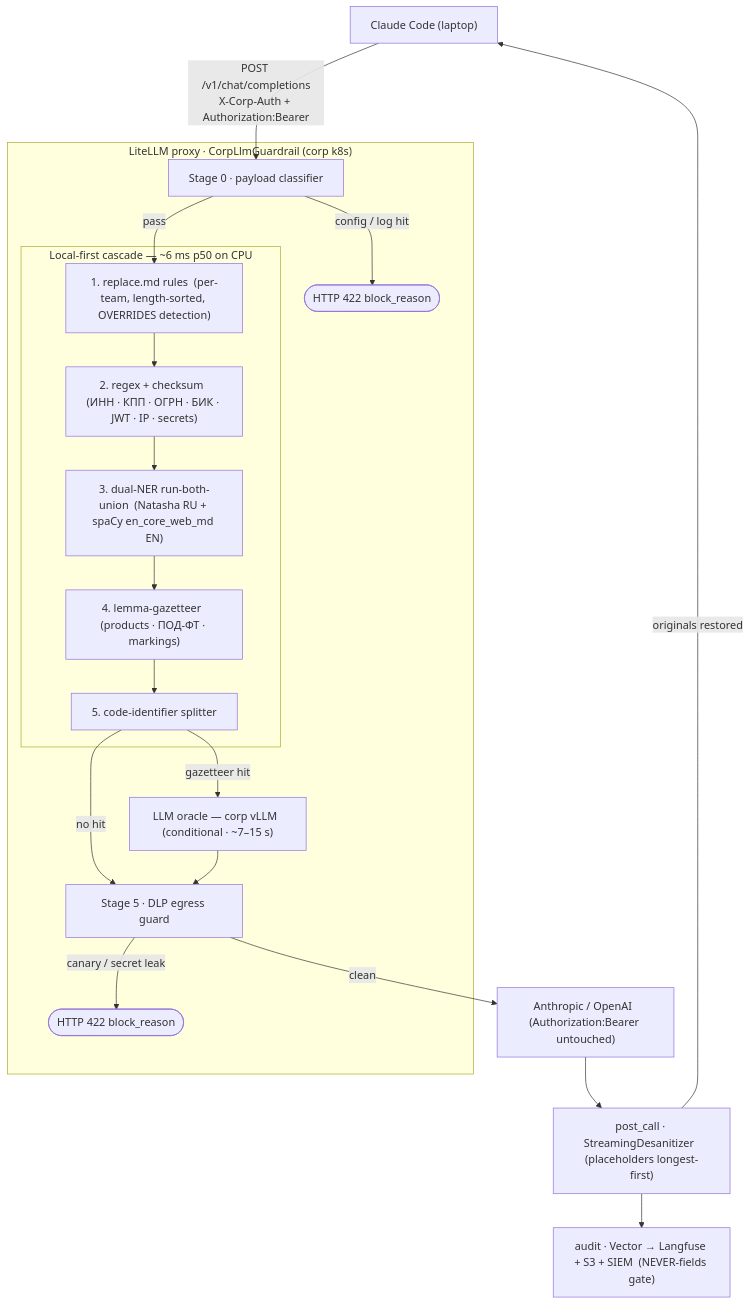
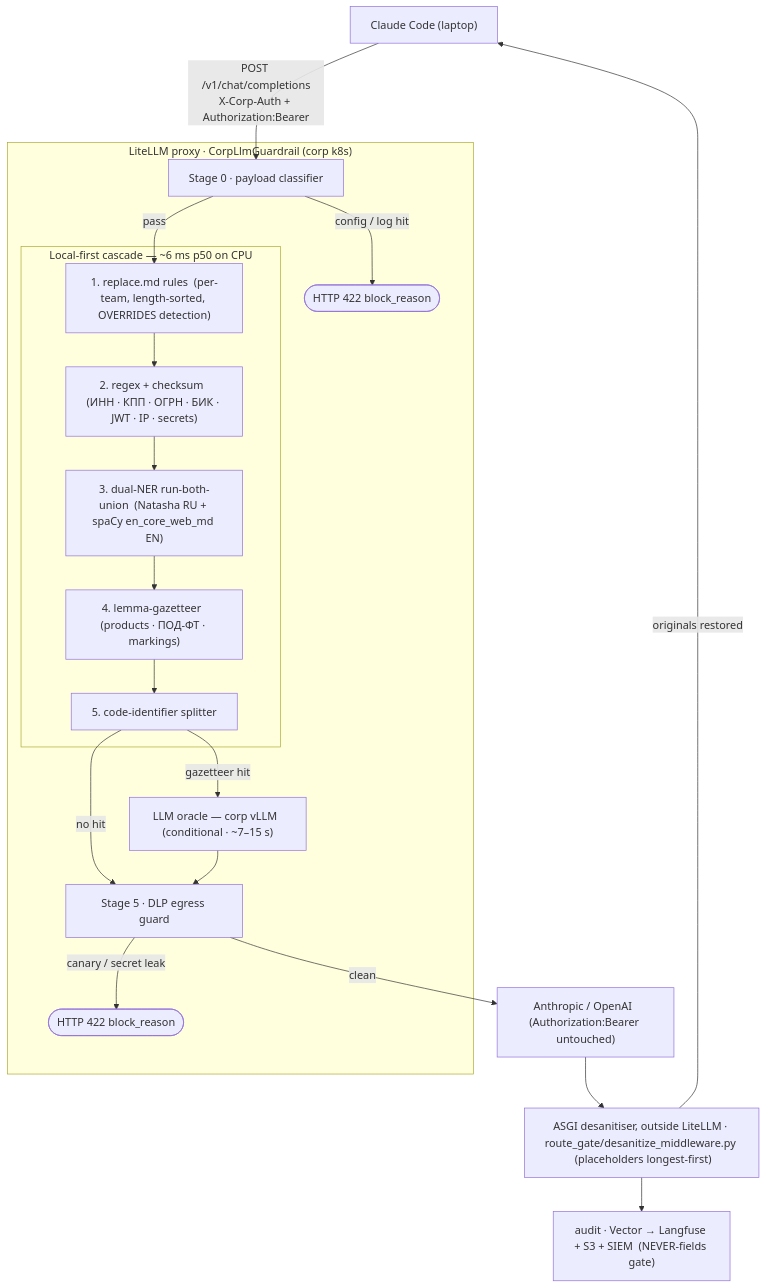
One commit to jLAM-ERR/corp-llm-gateway changed the diagram in docs/architecture.md. Above: the diagram before and after it, drawn with Mermaid. The commit also changed other lines of this file and 81 other files, not shown here.

First line of the commit message:
feat(route-gate): desanitise responses in the gateway's ASGI layer; litellm guardrail adoption decided (plan 20260926) (#18)

````diff
--- a/docs/architecture.md
+++ b/docs/architecture.md
@@ -15,29 +16,29 @@
 ```mermaid
 flowchart TD
     Dev["Claude Code (laptop)"]
     Dev -->|"POST /v1/chat/completions<br/>X-Corp-Auth + Authorization:Bearer"| S0
 
     subgraph gw["LiteLLM proxy · CorpLlmGuardrail (corp k8s)"]
         S0["Stage 0 · payload classifier"]
         S0 -->|"config / log hit"| B0(["HTTP 422  block_reason"])
         S0 -->|pass| RULES
 
         subgraph lc["Local-first cascade — ~6 ms p50 on CPU"]
             RULES["1. replace.md rules  (per-team, length-sorted, OVERRIDES detection)"]
             --> RX["2. regex + checksum  (ИНН · КПП · ОГРН · БИК · JWT · IP · secrets)"]
             --> NER["3. dual-NER run-both-union  (Natasha RU + spaCy en_core_web_md EN)"]
             --> GZ["4. lemma-gazetteer  (products · ПОД-ФТ · markings)"]
             --> SEG["5. code-identifier splitter"]
         end
 
         SEG -->|"gazetteer hit"| ORC["LLM oracle — corp vLLM  (conditional · ~7–15 s)"]
         SEG -->|"no hit"| DLP
         ORC --> DLP["Stage 5 · DLP egress guard"]
         DLP -->|"canary / secret leak"| B5(["HTTP 422  block_reason"])
     end
 
     DLP -->|clean| UP["Anthropic / OpenAI  (Authorization:Bearer untouched)"]
-    UP --> DS["post_call · StreamingDesanitizer  (placeholders longest-first)"]
+    UP --> DS["ASGI desanitiser, outside LiteLLM · route_gate/desanitize_middleware.py  (placeholders longest-first)"]
     DS --> AUD["audit · Vector → Langfuse + S3 + SIEM  (NEVER-fields gate)"]
     DS -->|"originals restored"| Dev
 ```
````
